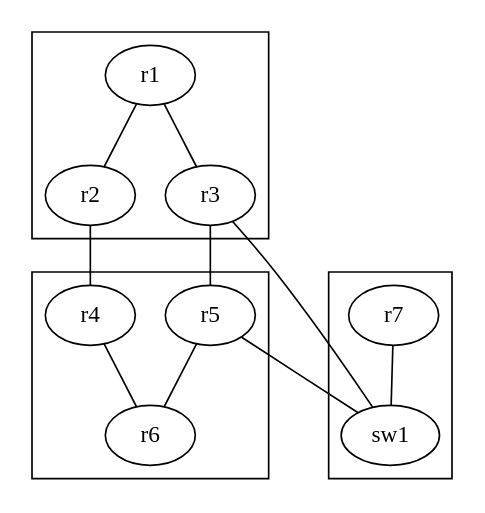
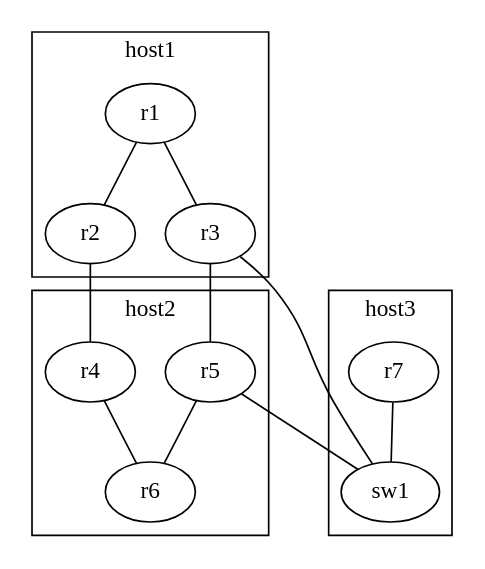
The diagram in example/vlan_multihost/input.dot (cpflat/dot2net), drawn with Graphviz before and after one commit. The commit also changed 7 other files, not shown here.

```diff
--- a/example/vlan_multihost/input.dot
+++ b/example/vlan_multihost/input.dot
@@ -1,29 +1,35 @@
 digraph {
 
 	subgraph cluster_host1 {
+		label="host1";
                 r1[class="router"];
 		r2[class="router"];
 		r3[class="router"];
         }
 
         subgraph cluster_host2 {
+		label="host2";
 		r4[class="router"];
 		r5[class="router"];
 		r6[class="router"];
         }
 
         subgraph cluster_host3 {
+		label="host3";
 		sw1[class="switch"];
                 r7[class="router"];
         }
 
-	r1->r2[dir="none"];
-	r1->r3[dir="none"];
-	r2->r4[dir="none", class="interface#vlan"];
-	r3->r5[dir="none", class="interface#vlan"];
-	r4->r6[dir="none"];
-	r5->r6[dir="none"];
-	r3->sw1[dir="none", class="interface#vlan"];
-	r5->sw1[dir="none", class="interface#vlan"];
-	r7->sw1[dir="none"];
+	// ホスト内接続（通常接続）
+	r1 -> r2 [dir="none", class="normal_conn"];
+	r1 -> r3 [dir="none", class="normal_conn"];
+	r4 -> r6 [dir="none", class="normal_conn"];
+	r5 -> r6 [dir="none", class="normal_conn"];
+	r7 -> sw1 [dir="none", class="normal_conn"];
+
+	// ホスト間VLAN接続
+	r2 -> r4 [dir="none", class="vlan_conn; vlan_name=TRUNK_A"];
+	r3 -> r5 [dir="none", class="vlan_conn; vlan_name=TRUNK_A"];
+	r3 -> sw1 [dir="none", class="vlan_conn; vlan_name=TRUNK_B"];
+	r5 -> sw1 [dir="none", class="vlan_conn; vlan_name=TRUNK_B"];
 }
```
